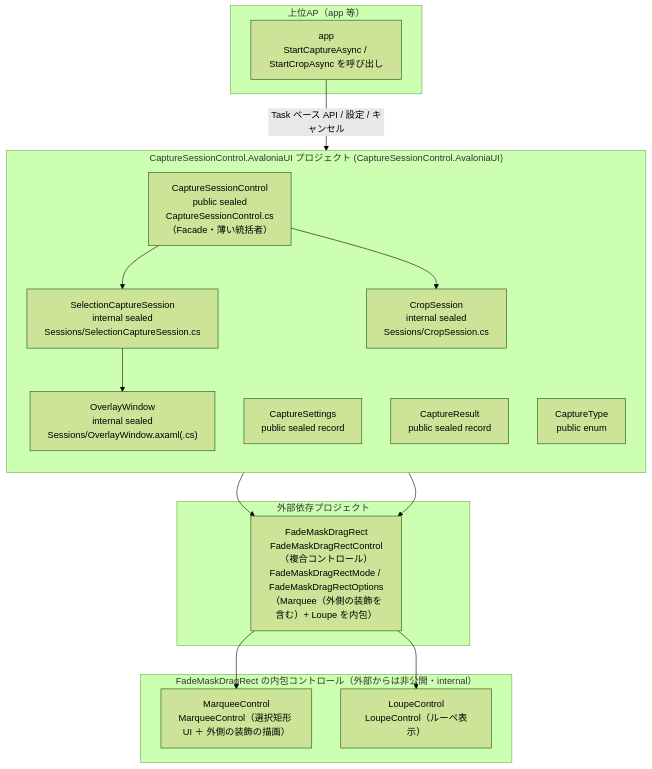
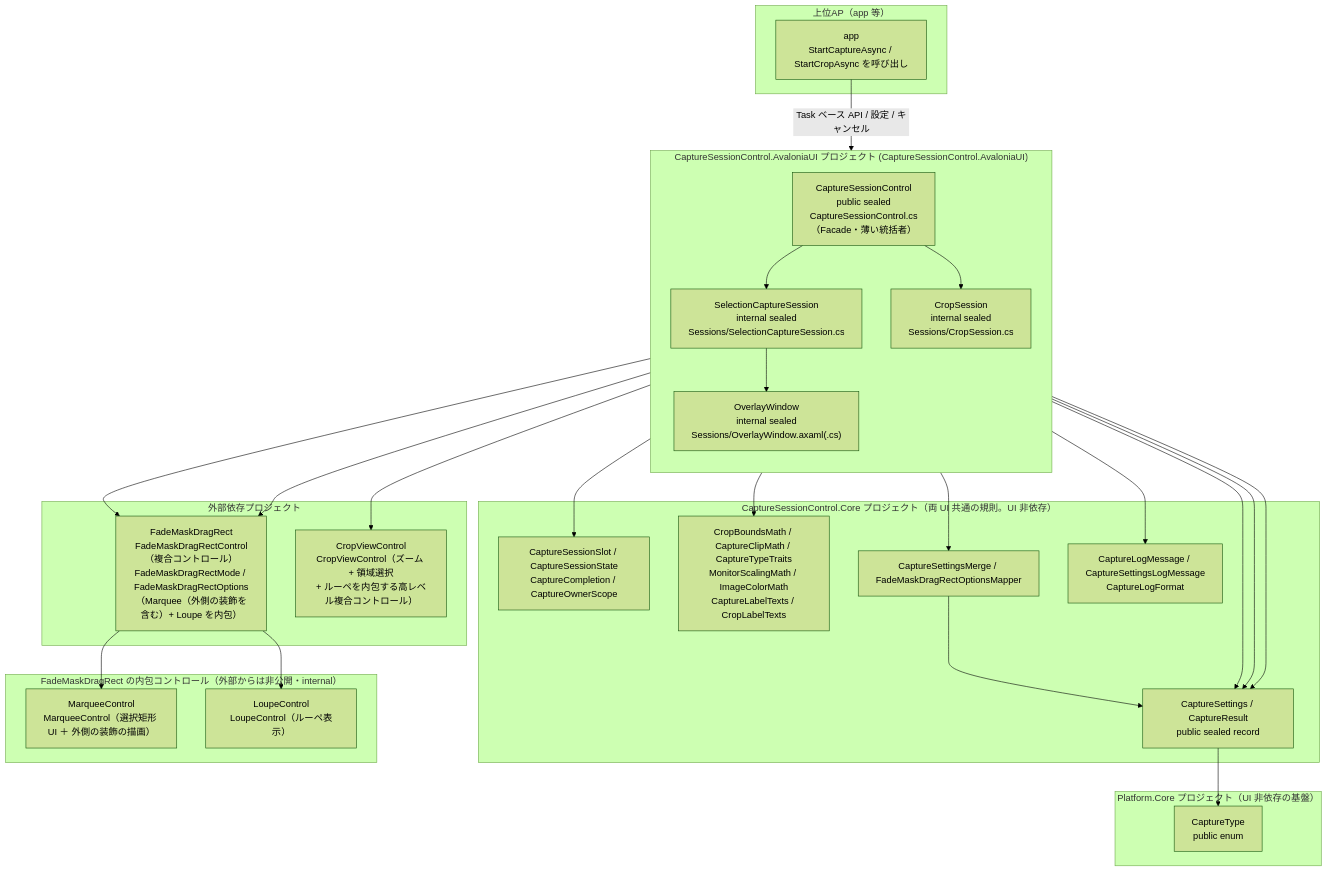
The first of 2 diagrams in src/CaptureSessionControl.AvaloniaUI/SPEC_System.md (tomokuni/SaveEvidence), drawn with Mermaid (forest theme) before and after one commit. The commit also changed other lines of this file and 226 other files, not shown here.

````diff
--- a/src/CaptureSessionControl.AvaloniaUI/SPEC_System.md
+++ b/src/CaptureSessionControl.AvaloniaUI/SPEC_System.md
@@ -84,32 +87,50 @@
 ```mermaid
 flowchart TB
     subgraph Host["上位AP（app 等）"]
         AP["app<br/>StartCaptureAsync / StartCropAsync を呼び出し"]
     end
     subgraph SC["CaptureSessionControl.AvaloniaUI プロジェクト (CaptureSessionControl.AvaloniaUI)"]
         direction TB
         Fac["CaptureSessionControl<br/>public sealed<br/>CaptureSessionControl.cs<br/>（Facade・薄い統括者）"]
         CS["SelectionCaptureSession<br/>internal sealed<br/>Sessions/SelectionCaptureSession.cs"]
         CrS["CropSession<br/>internal sealed<br/>Sessions/CropSession.cs"]
         OW["OverlayWindow<br/>internal sealed<br/>Sessions/OverlayWindow.axaml(.cs)"]
-        St["CaptureSettings<br/>public sealed record"]
-        Rs["CaptureResult<br/>public sealed record"]
+    end
+    subgraph Core["CaptureSessionControl.Core プロジェクト（両 UI 共通の規則。UI 非依存）"]
+        CS2["CaptureSettings / CaptureResult<br/>public sealed record"]
+        Sl["CaptureSessionSlot / CaptureSessionState<br/>CaptureCompletion / CaptureOwnerScope"]
+        Math["CropBoundsMath / CaptureClipMath / CaptureTypeTraits<br/>MonitorScalingMath / ImageColorMath<br/>CaptureLabelTexts / CropLabelTexts"]
+        Mg["CaptureSettingsMerge / FadeMaskDragRectOptionsMapper"]
+        Log["CaptureLogMessage / CaptureSettingsLogMessage<br/>CaptureLogFormat"]
+    end
+    subgraph PC["Platform.Core プロジェクト（UI 非依存の基盤）"]
         Ct["CaptureType<br/>public enum"]
     end
     subgraph Dep["外部依存プロジェクト"]
         FDR["FadeMaskDragRect<br/>FadeMaskDragRectControl（複合コントロール）<br/>FadeMaskDragRectMode / FadeMaskDragRectOptions<br/>（Marquee（外側の装飾を含む）+ Loupe を内包）"]
+        CV["CropViewControl<br/>CropViewControl（ズーム + 領域選択<br/>+ ルーペを内包する高レベル複合コントロール）"]
     end
     subgraph FMCInternal["FadeMaskDragRect の内包コントロール（外部からは非公開・internal）"]
         DR["MarqueeControl<br/>MarqueeControl（選択矩形 UI ＋ 外側の装飾の描画）"]
         LP["LoupeControl<br/>LoupeControl（ルーペ表示）"]
     end
 
     AP -->|"Task ベース API / 設定 / キャンセル"| Fac
     Fac --> CS
     Fac --> CrS
+    Fac --> Sl
+    Fac --> Mg
     CS --> OW
+    CS --> Log
+    CS --> Math
+    CrS --> CV
     OW --> FDR
     CrS --> FDR
     FDR --> DR
     FDR --> LP
+    Fac --> CS2
+    CS --> CS2
+    CrS --> CS2
+    Mg --> CS2
+    CS2 --> Ct
 ```
````
